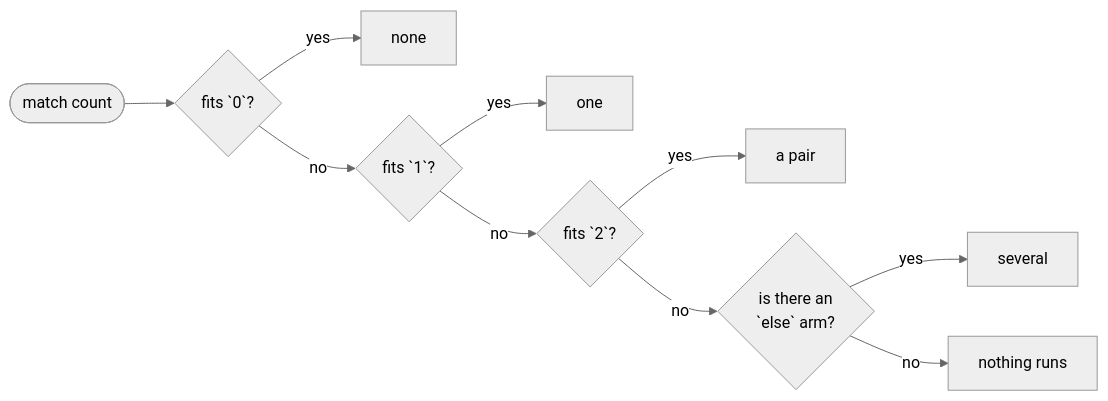
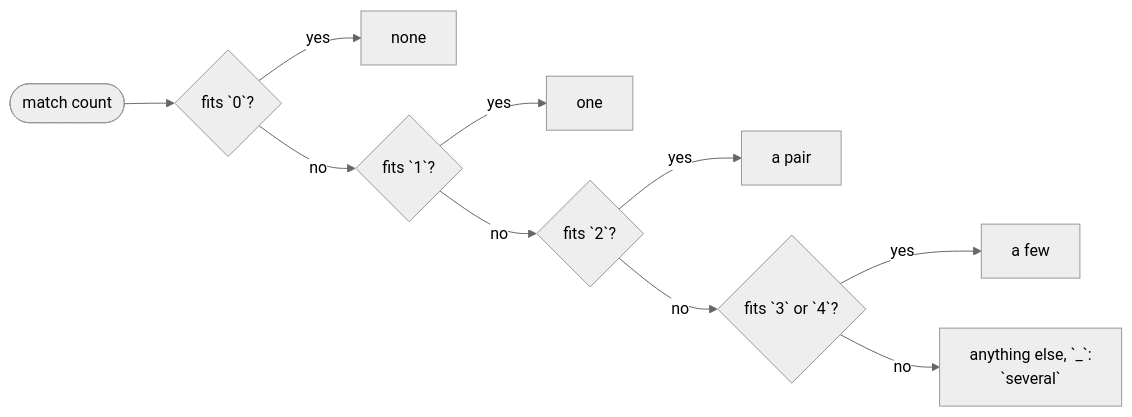
One commit to rux-lang/Web changed the diagram in content/docs/1.learn/03.control-flow/12.match.md. Above: the diagram before and after it, drawn with Mermaid (neutral theme). The commit also changed other lines of this file and 736 other files, not shown here.

````diff
--- a/content/docs/1.learn/03.control-flow/12.match.md
+++ b/content/docs/1.learn/03.control-flow/12.match.md
@@ -43,12 +43,12 @@
 ```mermaid
 flowchart LR
     v(["`match count`"]) --> a0{"fits `0`?"}
     a0 -- "yes" --> r0["`none`"]
     a0 -- "no" --> a1{"fits `1`?"}
     a1 -- "yes" --> r1["`one`"]
     a1 -- "no" --> a2{"fits `2`?"}
     a2 -- "yes" --> r2["`a pair`"]
-    a2 -- "no" --> e{"is there an<br/>`else` arm?"}
-    e -- "yes" --> re["`several`"]
-    e -- "no" --> skip["nothing runs"]
+    a2 -- "no" --> a3{"fits `3` or `4`?"}
+    a3 -- "yes" --> r3["`a few`"]
+    a3 -- "no" --> e["anything else, `_`:<br/>`several`"]
 ```
````
